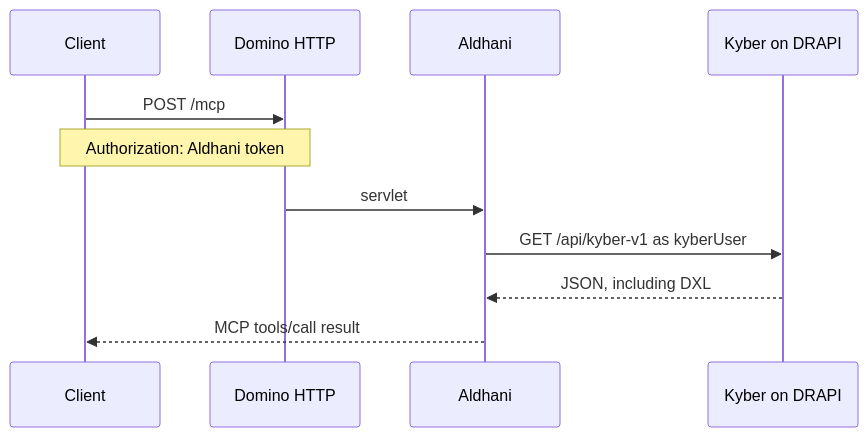
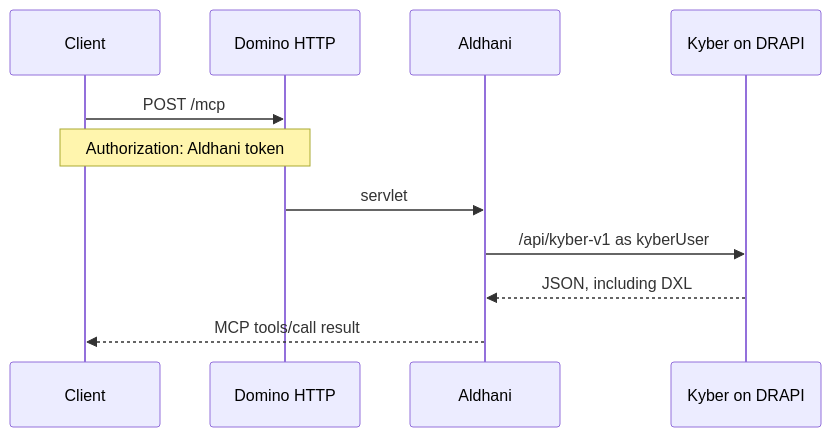
One commit to infoware-se/aldhani changed the diagram in README.md. Above: the diagram before and after it, drawn with Mermaid. The commit also changed other lines of this file and 10 other files, not shown here.

First line of the commit message:
Ship Aldhani 0.1.3 so an agent can change design through Kyber when allowWrite is on.

````diff
--- a/README.md
+++ b/README.md
@@ -17,13 +17,13 @@
 ```mermaid
 sequenceDiagram
   participant Client
   participant HTTP as Domino HTTP
   participant Aldhani
   participant Kyber as Kyber on DRAPI
   Client->>HTTP: POST /mcp
   Note over Client,HTTP: Authorization: Aldhani token
   HTTP->>Aldhani: servlet
-  Aldhani->>Kyber: GET /api/kyber-v1 as kyberUser
+  Aldhani->>Kyber: /api/kyber-v1 as kyberUser
   Kyber-->>Aldhani: JSON, including DXL
   Aldhani-->>Client: MCP tools/call result
 ```
````
